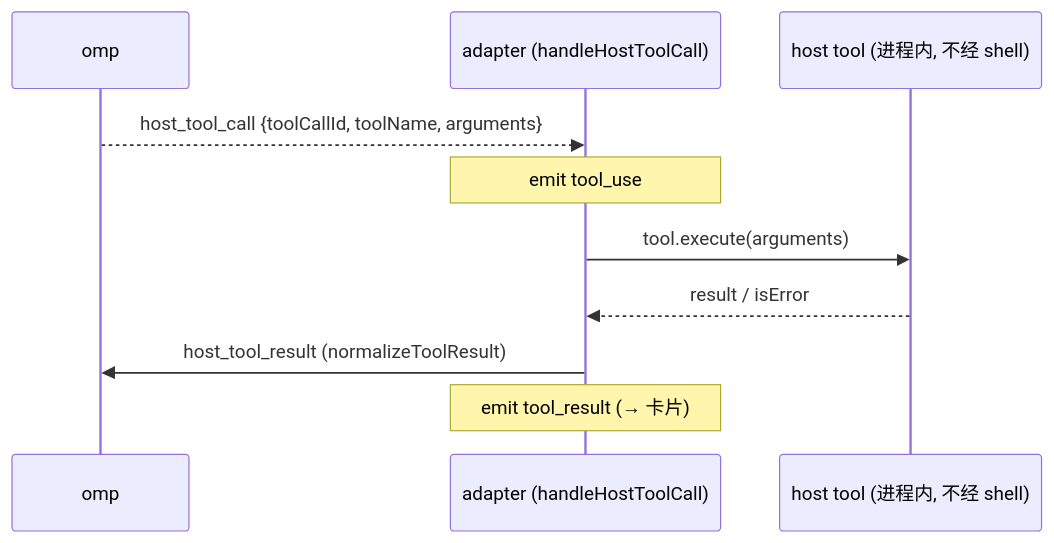
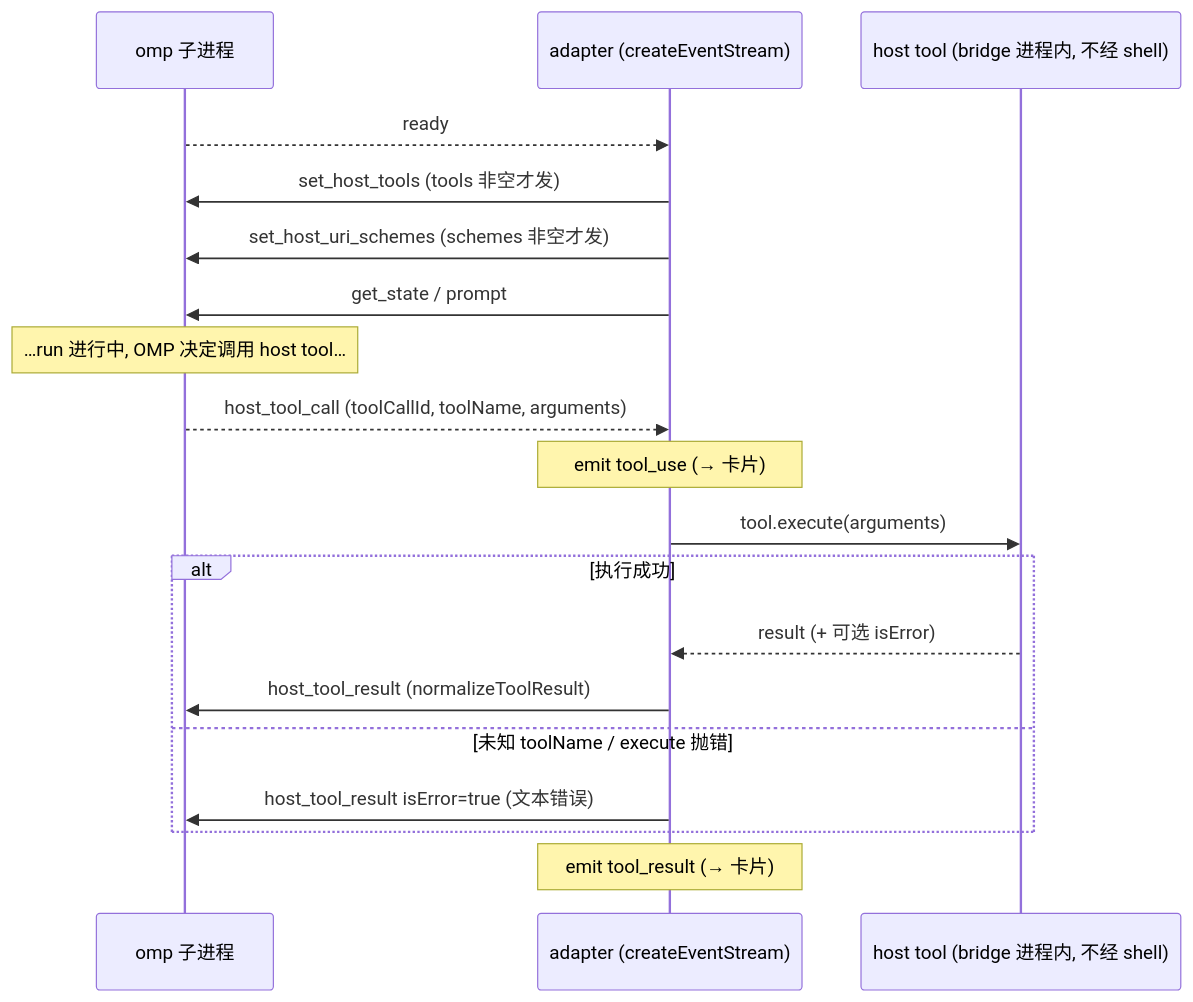
One commit to sorphwer/feishu-omp-bridge changed the second of 2 diagrams in how-it-works/06-feishu-host-surface.md. Above: the diagram before and after it, drawn with Mermaid. The commit also changed other lines of this file and 12 other files, not shown here.

````diff
--- a/how-it-works/06-feishu-host-surface.md
+++ b/how-it-works/06-feishu-host-surface.md
@@ -62,12 +62,21 @@
 ```mermaid
 sequenceDiagram
-  participant O as omp
-  participant A as adapter (handleHostToolCall)
-  participant T as host tool (进程内, 不经 shell)
-  O-->>A: host_tool_call {toolCallId, toolName, arguments}
-  Note over A: emit tool_use
+  participant O as omp 子进程
+  participant A as adapter (createEventStream)
+  participant T as host tool (bridge 进程内, 不经 shell)
+  O-->>A: ready
+  A->>O: set_host_tools (tools 非空才发)
+  A->>O: set_host_uri_schemes (schemes 非空才发)
+  A->>O: get_state / prompt
+  Note over O: …run 进行中, OMP 决定调用 host tool…
+  O-->>A: host_tool_call (toolCallId, toolName, arguments)
+  Note over A: emit tool_use (→ 卡片)
   A->>T: tool.execute(arguments)
-  T-->>A: result / isError
-  A->>O: host_tool_result (normalizeToolResult)
+  alt 执行成功
+    T-->>A: result (+ 可选 isError)
+    A->>O: host_tool_result (normalizeToolResult)
+  else 未知 toolName / execute 抛错
+    A->>O: host_tool_result isError=true (文本错误)
+  end
   Note over A: emit tool_result (→ 卡片)
 ```
````
